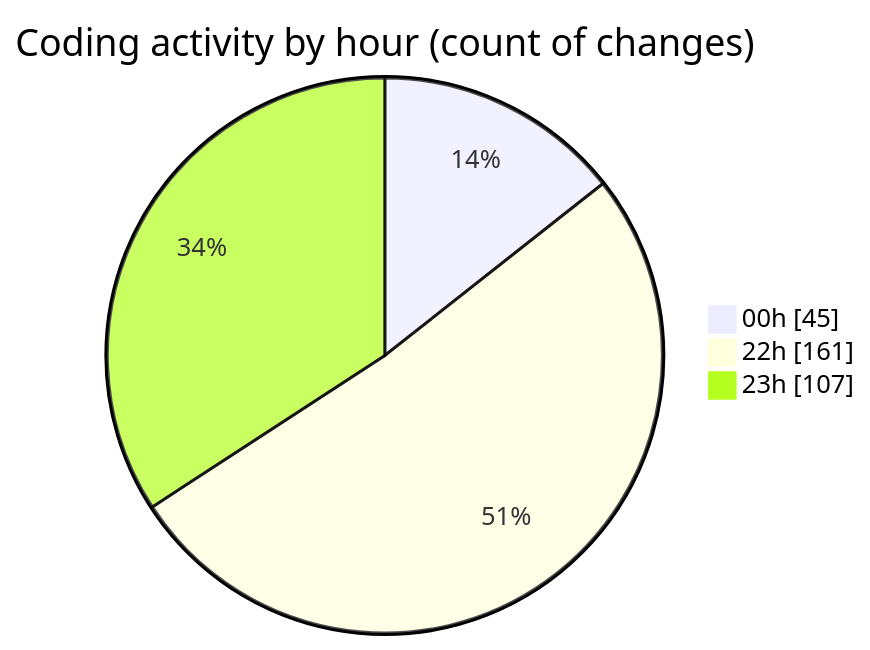
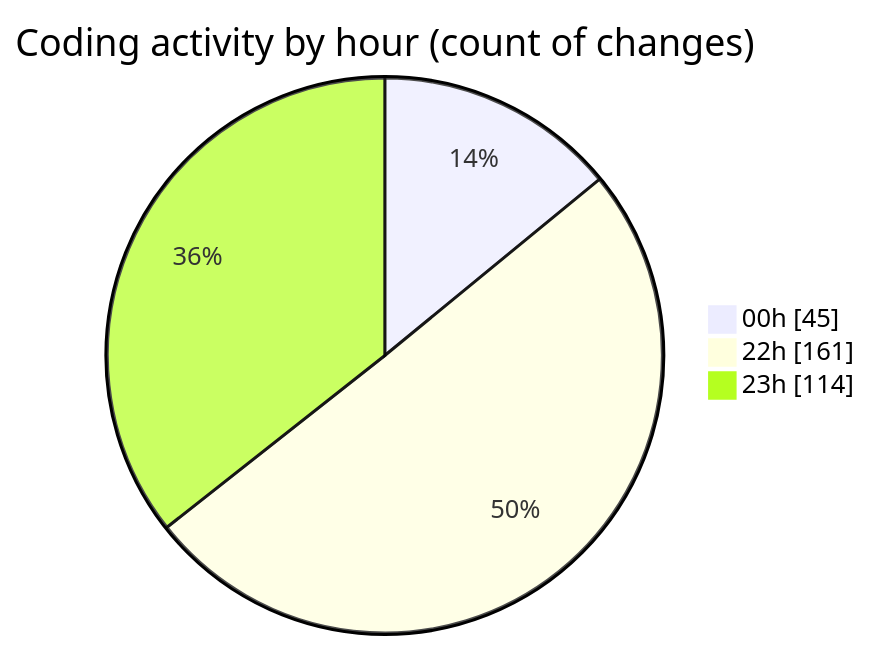
The second of 2 diagrams in 2025-07-29/javascript/README.md (Ritupan-Deka/code-tracking), drawn with Mermaid before and after one commit. The commit also changed other lines of this file and 1 other file, not shown here.

````diff
--- a/2025-07-29/javascript/README.md
+++ b/2025-07-29/javascript/README.md
@@ -29,7 +29,7 @@
 ```mermaid
 pie showData
 title Coding activity by hour (count of changes)
 "00h" : 45
 "22h" : 161
-"23h" : 107
+"23h" : 114
 ```
````
